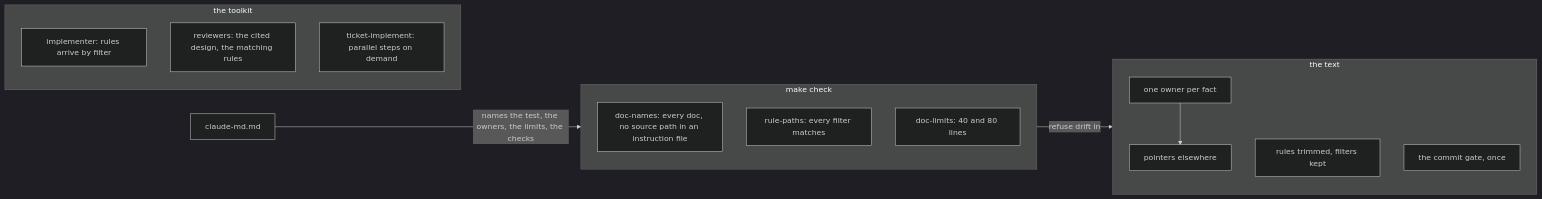
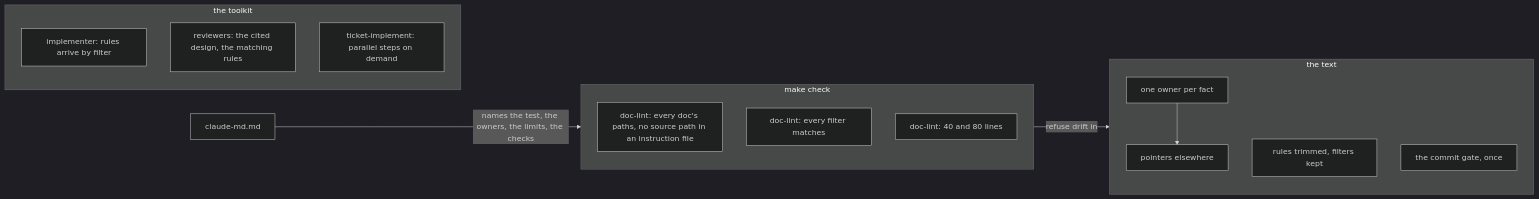
One commit to khotei/app-template changed the diagram in docs/tickets/2026-11-02-1820_lean-instructions/architecture.md. Above: the diagram before and after it, drawn with Mermaid (dark theme). The commit also changed other lines of this file and 9 other files, not shown here.

````diff
--- a/docs/tickets/2026-11-02-1820_lean-instructions/architecture.md
+++ b/docs/tickets/2026-11-02-1820_lean-instructions/architecture.md
@@ -13,20 +13,20 @@
 ```mermaid
 graph LR
   subgraph text [the text]
     owner[one owner per fact] --> pointer[pointers elsewhere]
     trim[rules trimmed, filters kept]
     gate[the commit gate, once]
   end
   subgraph checks [make check]
-    names[doc-names: every doc, no source path in an instruction file]
-    filters[rule-paths: every filter matches]
-    limits[doc-limits: 40 and 80 lines]
+    names[doc-lint: every doc's paths, no source path in an instruction file]
+    filters[doc-lint: every filter matches]
+    limits[doc-lint: 40 and 80 lines]
   end
   subgraph reading [the toolkit]
     impl[implementer: rules arrive by filter]
     rev[reviewers: the cited design, the matching rules]
     skill[ticket-implement: parallel steps on demand]
   end
   checks -->|refuse drift in| text
   claude[claude-md.md] -->|names the test, the owners, the limits, the checks| checks
 ```
````
